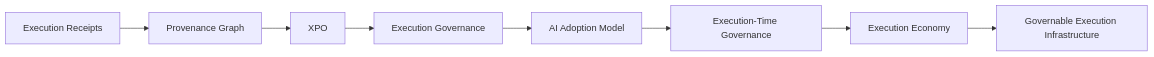
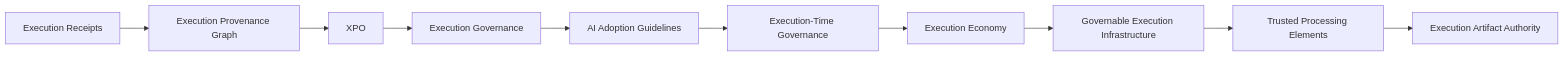
Before and after one commit to caralislabs/TextFind: the diagram in textfind-rfcs/README.md, drawn with Mermaid. The commit also changed other lines of this file and 2 other files, not shown here.

Commit message:
rfc: add TF-RFC-0009 and TF-RFC-0010 for runtime trust, delegated dispatch, and artifact authority

````diff
--- a/textfind-rfcs/README.md
+++ b/textfind-rfcs/README.md
@@ -83,10 +87,13 @@
 ```mermaid
 flowchart LR
-    A[Execution Receipts] --> B[Provenance Graph]
-    B --> C[XPO]
-    C --> D[Execution Governance]
-    D --> E[AI Adoption Model]
-    E --> F[Execution-Time Governance]
-    F --> G[Execution Economy]
-    G --> H[Governable Execution Infrastructure]
+    A[Execution Receipts]
+        --> B[Execution Provenance Graph]
+        --> C[XPO]
+        --> D[Execution Governance]
+        --> E[AI Adoption Guidelines]
+        --> F[Execution-Time Governance]
+        --> G[Execution Economy]
+        --> H[Governable Execution Infrastructure]
+        --> I[Trusted Processing Elements]
+        --> J[Execution Artifact Authority]
 ```
````
